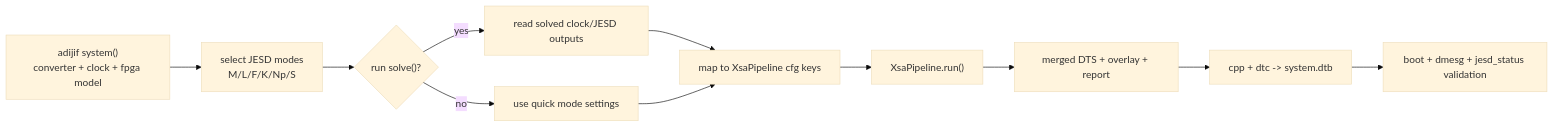
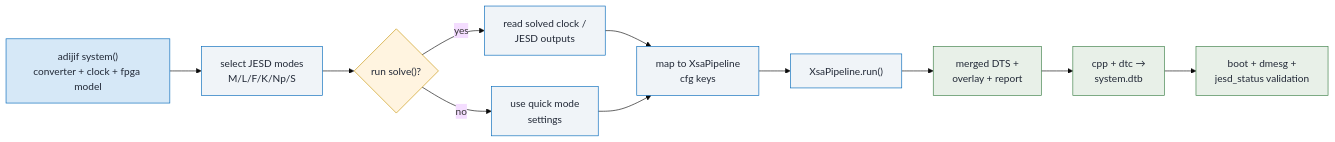
Before and after one commit to analogdevicesinc/pyadi-dt: the third of 3 diagrams in doc/source/xsa.rst, drawn with Mermaid (base theme). The commit also changed other lines of this file, not shown here.

First line of the commit message:
docs: apply ADI mermaid theme to XSA user guide diagrams

```diff
--- a/doc/source/xsa.rst
+++ b/doc/source/xsa.rst
@@ -238,13 +267,24 @@
 .. mermaid::
 
    flowchart LR
        AJ["adijif system()<br/>converter + clock + fpga model"] --> MODE["select JESD modes<br/>M/L/F/K/Np/S"]
        MODE --> SOLVE{"run solve()?"}
-       SOLVE -->|yes| SCFG["read solved clock/JESD outputs"]
-       SOLVE -->|no| QCFG["use quick mode settings"]
-       SCFG --> MAP["map to XsaPipeline cfg keys"]
+       SOLVE -->|yes| SCFG["read solved clock /<br/>JESD outputs"]
+       SOLVE -->|no| QCFG["use quick mode<br/>settings"]
+       SCFG --> MAP["map to XsaPipeline<br/>cfg keys"]
        QCFG --> MAP
        MAP --> PIPE2["XsaPipeline.run()"]
-       PIPE2 --> DTS2["merged DTS + overlay + report"]
-       DTS2 --> DTB2["cpp + dtc -> system.dtb"]
-       DTB2 --> HW2["boot + dmesg + jesd_status validation"]
+       PIPE2 --> DTS2["merged DTS +<br/>overlay + report"]
+       DTS2 --> DTB2["cpp + dtc →<br/>system.dtb"]
+       DTB2 --> HW2["boot + dmesg +<br/>jesd_status validation"]
+
+       style AJ fill:#d6e8f7,stroke:#0067b9,color:#212836
+       style MODE fill:#f0f4f8,stroke:#0067b9,color:#212836
+       style SOLVE fill:#fff4e0,stroke:#c8940a,color:#212836
+       style SCFG fill:#f0f4f8,stroke:#0067b9,color:#212836
+       style QCFG fill:#f0f4f8,stroke:#0067b9,color:#212836
+       style MAP fill:#f0f4f8,stroke:#0067b9,color:#212836
+       style PIPE2 fill:#f0f4f8,stroke:#0067b9,color:#212836
+       style DTS2 fill:#e8f0e8,stroke:#3a7d44,color:#212836
+       style DTB2 fill:#e8f0e8,stroke:#3a7d44,color:#212836
+       style HW2 fill:#e8f0e8,stroke:#3a7d44,color:#212836
```
